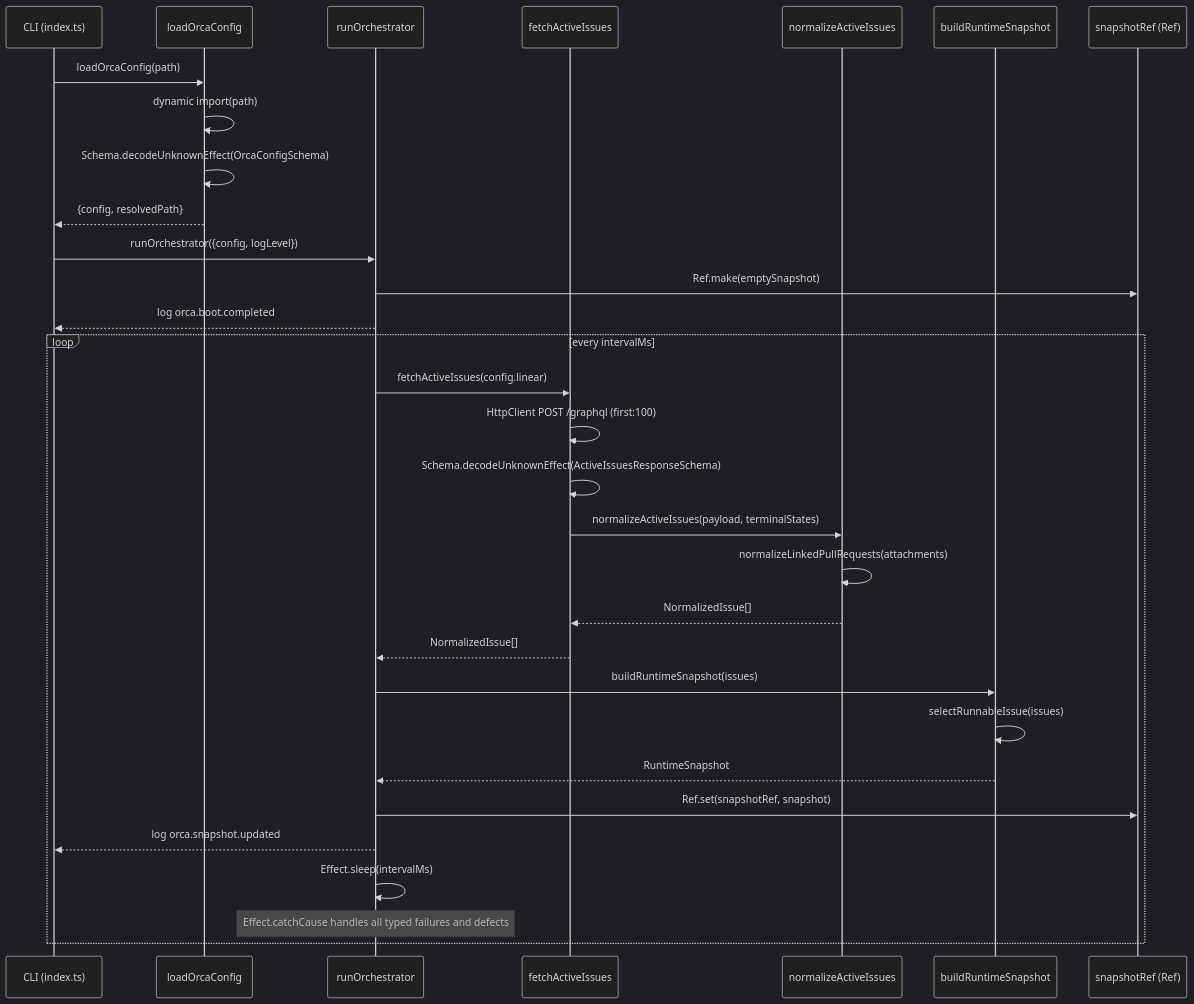
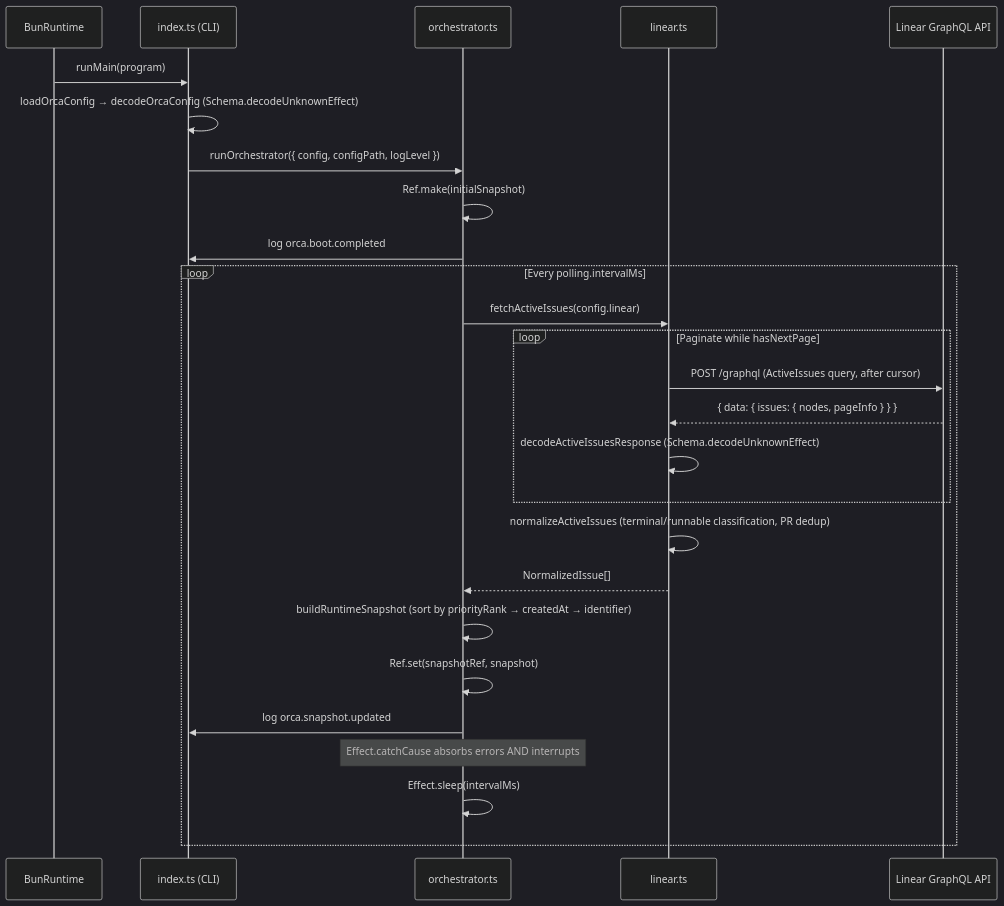
Before and after one commit to peterje/orca2: the diagram in .orca/issue.md, drawn with Mermaid (dark theme). The commit also changed other lines of this file and 1 other file, not shown here.

````diff
--- a/.orca/issue.md
+++ b/.orca/issue.md
@@ -72,36 +190,30 @@
 ```mermaid
 sequenceDiagram
-    participant CLI as CLI (index.ts)
-    participant Config as loadOrcaConfig
-    participant Orch as runOrchestrator
-    participant Linear as fetchActiveIssues
-    participant Norm as normalizeActiveIssues
-    participant Snap as buildRuntimeSnapshot
-    participant Ref as snapshotRef (Ref)
+    participant BunRuntime
+    participant CLI as index.ts (CLI)
+    participant Orchestrator as orchestrator.ts
+    participant Linear as linear.ts
+    participant LinearAPI as Linear GraphQL API
 
-    CLI->>Config: loadOrcaConfig(path)
-    Config->>Config: dynamic import(path)
-    Config->>Config: Schema.decodeUnknownEffect(OrcaConfigSchema)
-    Config-->>CLI: {config, resolvedPath}
+    BunRuntime->>CLI: runMain(program)
+    CLI->>CLI: loadOrcaConfig → decodeOrcaConfig (Schema.decodeUnknownEffect)
+    CLI->>Orchestrator: runOrchestrator({ config, configPath, logLevel })
+    Orchestrator->>Orchestrator: Ref.make(initialSnapshot)
+    Orchestrator->>CLI: log orca.boot.completed
 
-    CLI->>Orch: runOrchestrator({config, logLevel})
-    Orch->>Ref: Ref.make(emptySnapshot)
-    Orch-->>CLI: log orca.boot.completed
-
-    loop every intervalMs
-        Orch->>Linear: fetchActiveIssues(config.linear)
-        Linear->>Linear: HttpClient POST /graphql (first:100)
-        Linear->>Linear: Schema.decodeUnknownEffect(ActiveIssuesResponseSchema)
-        Linear->>Norm: normalizeActiveIssues(payload, terminalStates)
-        Norm->>Norm: normalizeLinkedPullRequests(attachments)
-        Norm-->>Linear: NormalizedIssue[]
-        Linear-->>Orch: NormalizedIssue[]
-        Orch->>Snap: buildRuntimeSnapshot(issues)
-        Snap->>Snap: selectRunnableIssue(issues)
-        Snap-->>Orch: RuntimeSnapshot
-        Orch->>Ref: Ref.set(snapshotRef, snapshot)
-        Orch-->>CLI: log orca.snapshot.updated
-        Orch->>Orch: Effect.sleep(intervalMs)
-        note over Orch: Effect.catchCause handles all typed failures and defects
+    loop Every polling.intervalMs
+        Orchestrator->>Linear: fetchActiveIssues(config.linear)
+        loop Paginate while hasNextPage
+            Linear->>LinearAPI: POST /graphql (ActiveIssues query, after cursor)
+            LinearAPI-->>Linear: { data: { issues: { nodes, pageInfo } } }
+            Linear->>Linear: decodeActiveIssuesResponse (Schema.decodeUnknownEffect)
+        end
+        Linear->>Linear: normalizeActiveIssues (terminal/runnable classification, PR dedup)
+        Linear-->>Orchestrator: NormalizedIssue[]
+        Orchestrator->>Orchestrator: buildRuntimeSnapshot (sort by priorityRank → createdAt → identifier)
+        Orchestrator->>Orchestrator: Ref.set(snapshotRef, snapshot)
+        Orchestrator->>CLI: log orca.snapshot.updated
+        Note over Orchestrator: Effect.catchCause absorbs errors AND interrupts
+        Orchestrator->>Orchestrator: Effect.sleep(intervalMs)
     end
 ```
````
